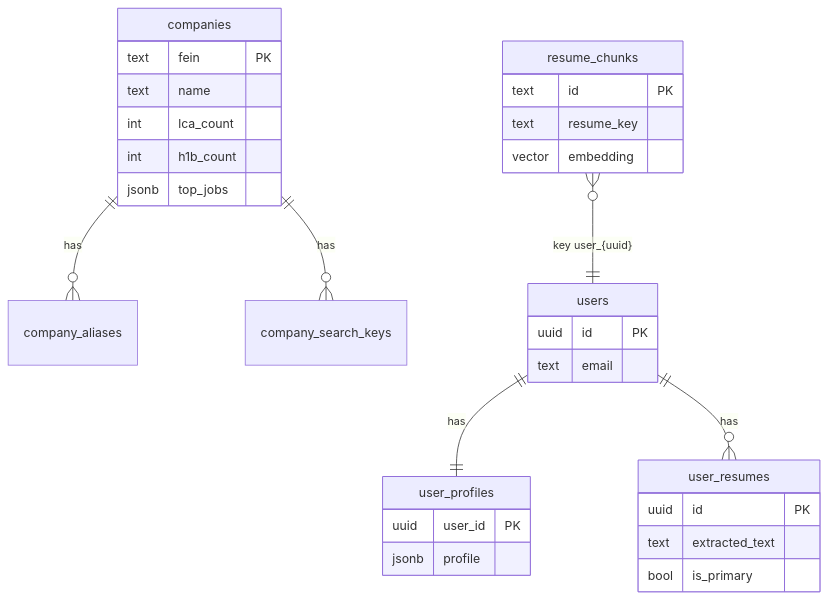
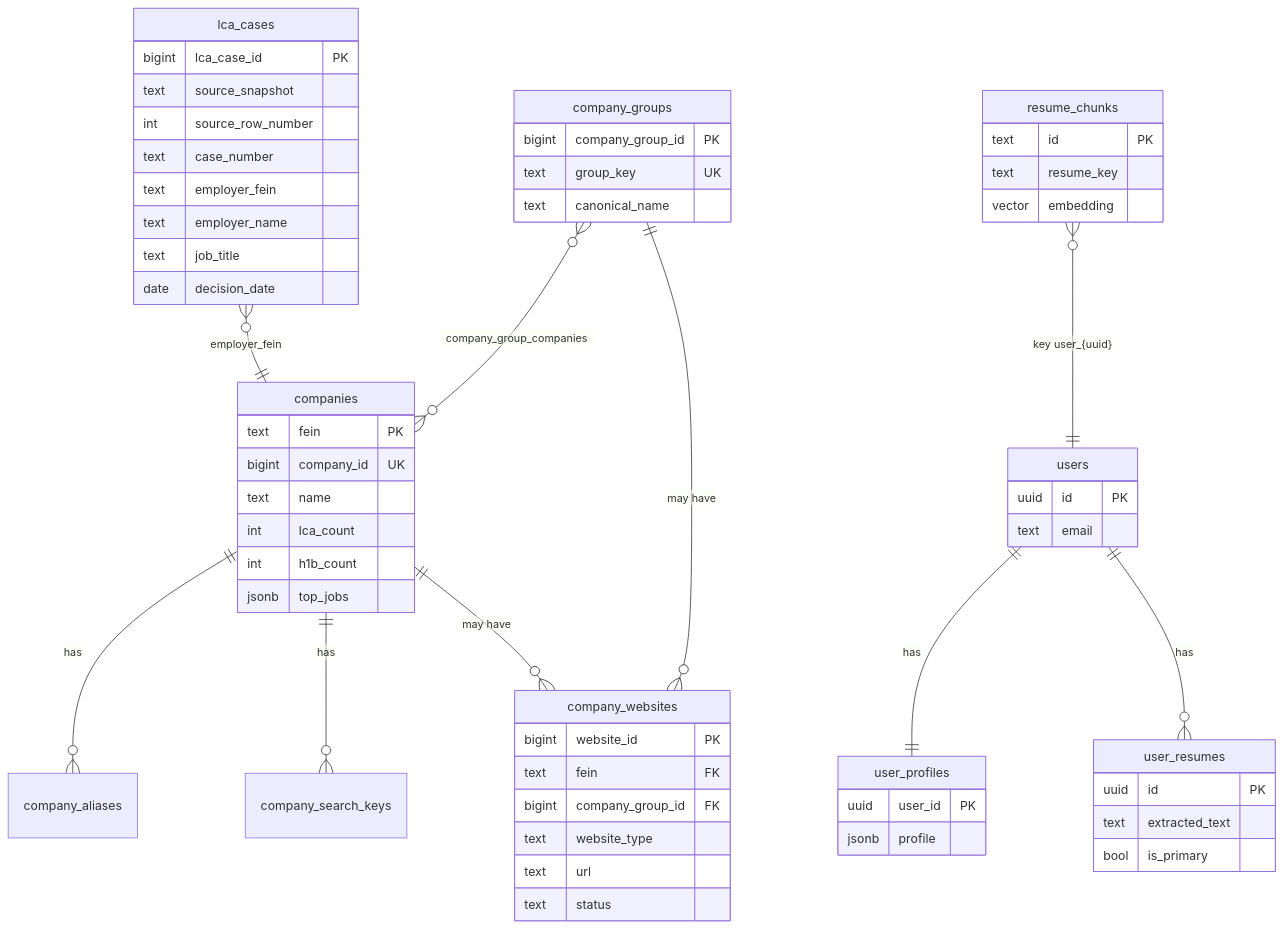
One commit to nicole732470/joblens changed the diagram in docs/DATABASE.md. Above: the diagram before and after it, drawn with Mermaid. The commit also changed other lines of this file and 9 other files, not shown here.

Commit message:
Add JobPush-ready LCA database schema

````diff
--- a/docs/DATABASE.md
+++ b/docs/DATABASE.md
@@ -9,34 +9,62 @@
 ```mermaid
 erDiagram
+  lca_cases }o--|| companies : "employer_fein"
   companies ||--o{ company_aliases : has
   companies ||--o{ company_search_keys : has
+  company_groups }o--o{ companies : "company_group_companies"
+  companies ||--o{ company_websites : "may have"
+  company_groups ||--o{ company_websites : "may have"
   users ||--|| user_profiles : has
   users ||--o{ user_resumes : has
   resume_chunks }o--|| users : "key user_{uuid}"
 
+  lca_cases {
+    bigint lca_case_id PK
+    text source_snapshot
+    int source_row_number
+    text case_number
+    text employer_fein
+    text employer_name
+    text job_title
+    date decision_date
+  }
   companies {
     text fein PK
+    bigint company_id UK
     text name
     int lca_count
     int h1b_count
     jsonb top_jobs
+  }
+  company_groups {
+    bigint company_group_id PK
+    text group_key UK
+    text canonical_name
+  }
+  company_websites {
+    bigint website_id PK
+    text fein FK
+    bigint company_group_id FK
+    text website_type
+    text url
+    text status
   }
   users {
     uuid id PK
     text email
   }
   user_profiles {
     uuid user_id PK
     jsonb profile
   }
   user_resumes {
     uuid id PK
     text extracted_text
     bool is_primary
   }
   resume_chunks {
     text id PK
     text resume_key
     vector embedding
   }
 ```
````
